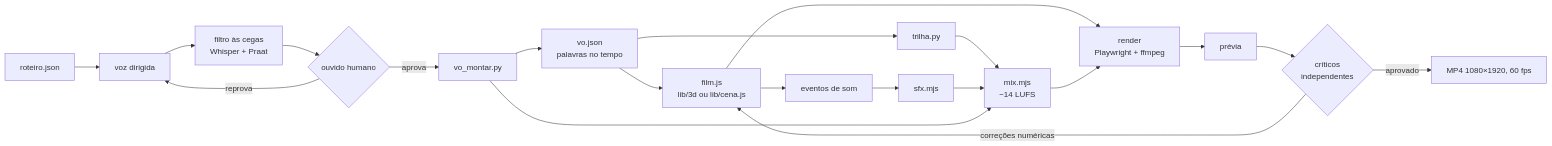
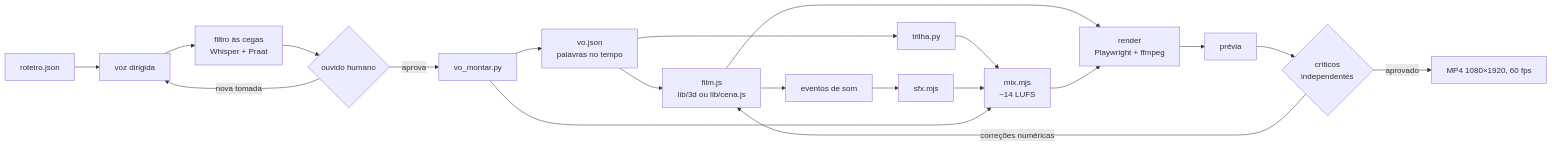
The diagram in docs/relatorio-tecnico.md (FilipeMolinariMoura/fabrica-de-criativos), drawn with Mermaid before and after one commit. The commit also changed other lines of this file and 51 other files, not shown here.

````diff
--- a/docs/relatorio-tecnico.md
+++ b/docs/relatorio-tecnico.md
@@ -110,22 +110,22 @@
 ```mermaid
 flowchart LR
   R[roteiro.json] --> V[voz dirigida]
   V --> A[filtro às cegas<br/>Whisper + Praat]
   A --> H{ouvido humano}
-  H -- reprova --> V
+  H -- nova tomada --> V
   H -- aprova --> M[vo_montar.py]
   M --> VO[vo.json<br/>palavras no tempo]
   VO --> F[film.js<br/>lib/3d ou lib/cena.js]
   F --> E[eventos de som]
   VO --> T[trilha.py]
   E --> S[sfx.mjs]
   T --> X[mix.mjs<br/>−14 LUFS]
   S --> X
   M --> X
   F --> RD[render<br/>Playwright + ffmpeg]
   X --> RD
   RD --> P[prévia]
   P --> C{críticos<br/>independentes}
   C -- correções numéricas --> F
   C -- aprovado --> MP4[MP4 1080×1920, 60 fps]
 ```
````
